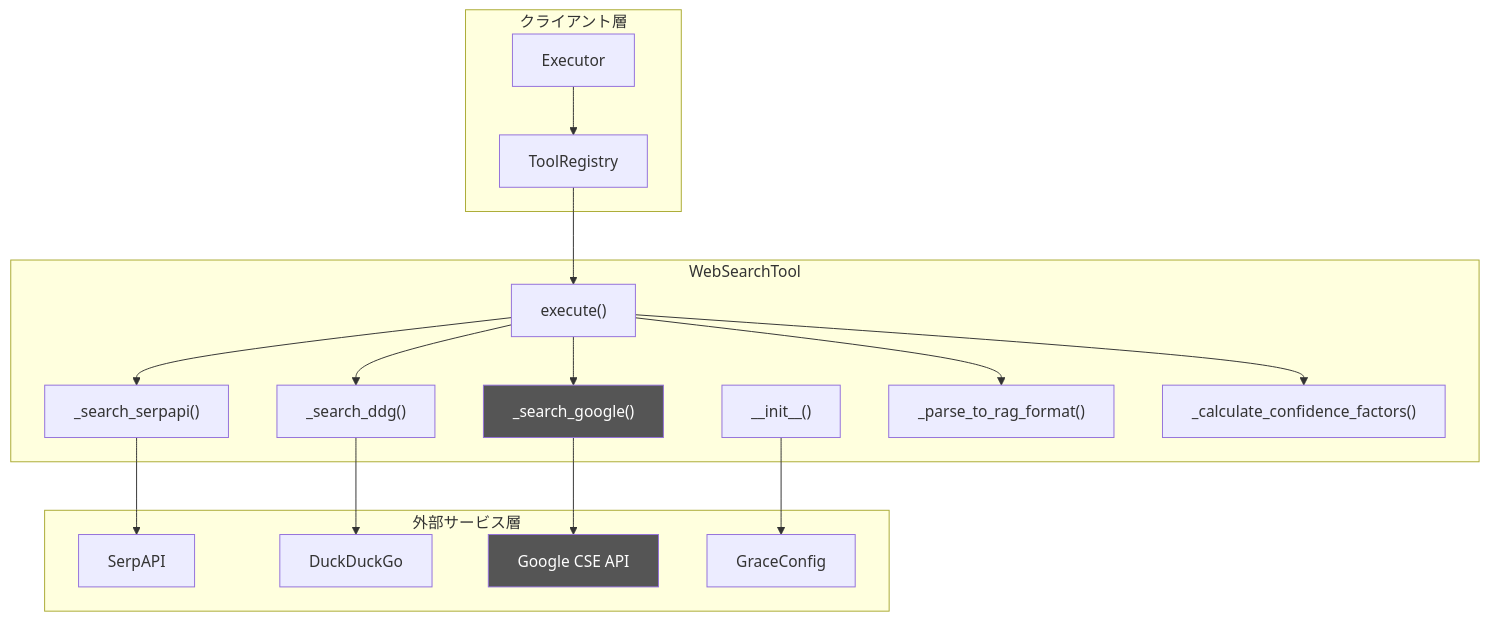
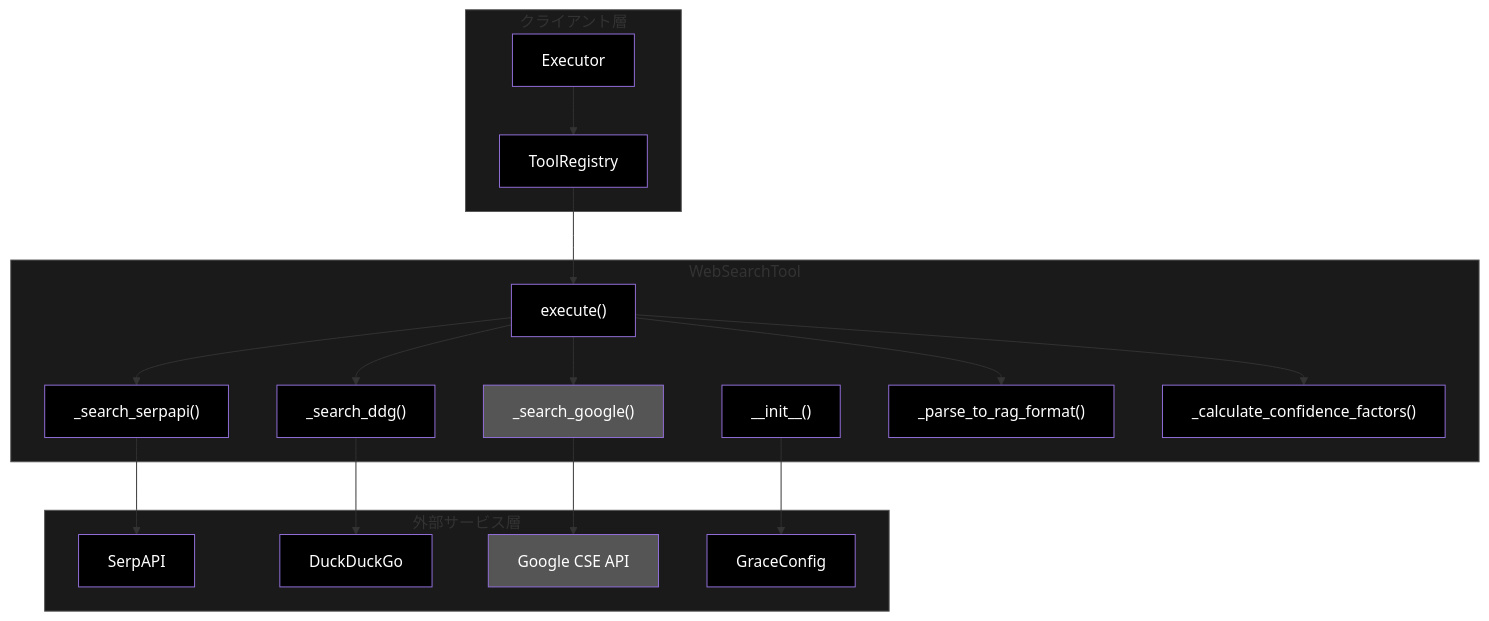
Before and after one commit to nakashima2toshio/anthropic_grace_agent: the third of 5 diagrams in grace/doc/web_search.md, drawn with Mermaid. The commit also changed other lines of this file and 63 other files, not shown here.

````diff
--- a/grace/doc/web_search.md
+++ b/grace/doc/web_search.md
@@ -266,39 +266,53 @@
 ```mermaid
 flowchart TB
     subgraph CLIENT["クライアント層"]
         EXECUTOR["Executor"]
         REGISTRY["ToolRegistry"]
     end
 
     subgraph MODULE["WebSearchTool"]
         INIT["__init__()"]
         EXECUTE["execute()"]
         SERPAPI["_search_serpapi()"]
         DDG["_search_ddg()"]
         GOOGLE["_search_google()"]
         PARSE["_parse_to_rag_format()"]
         CONF["_calculate_confidence_factors()"]
     end
 
     subgraph EXTERNAL["外部サービス層"]
         SERPAPI_API["SerpAPI"]
         DDG_API["DuckDuckGo"]
         GOOGLE_API["Google CSE API"]
         CONFIG_SVC["GraceConfig"]
     end
 
     EXECUTOR --> REGISTRY
     REGISTRY --> EXECUTE
     INIT --> CONFIG_SVC
     EXECUTE --> SERPAPI
     EXECUTE --> DDG
     EXECUTE --> GOOGLE
     SERPAPI --> SERPAPI_API
     DDG --> DDG_API
     GOOGLE --> GOOGLE_API
     EXECUTE --> PARSE
     EXECUTE --> CONF
 
+    style EXECUTOR fill:#000,color:#fff
+    style REGISTRY fill:#000,color:#fff
+    style INIT fill:#000,color:#fff
+    style EXECUTE fill:#000,color:#fff
+    style SERPAPI fill:#000,color:#fff
+    style DDG fill:#000,color:#fff
     style GOOGLE fill:#555,color:#fff
+    style PARSE fill:#000,color:#fff
+    style CONF fill:#000,color:#fff
+    style SERPAPI_API fill:#000,color:#fff
+    style DDG_API fill:#000,color:#fff
     style GOOGLE_API fill:#555,color:#fff
+    style CONFIG_SVC fill:#000,color:#fff
+    style CLIENT fill:#1a1a1a,stroke:#555
+    style MODULE fill:#1a1a1a,stroke:#555
+    style EXTERNAL fill:#1a1a1a,stroke:#555
 ```
````
